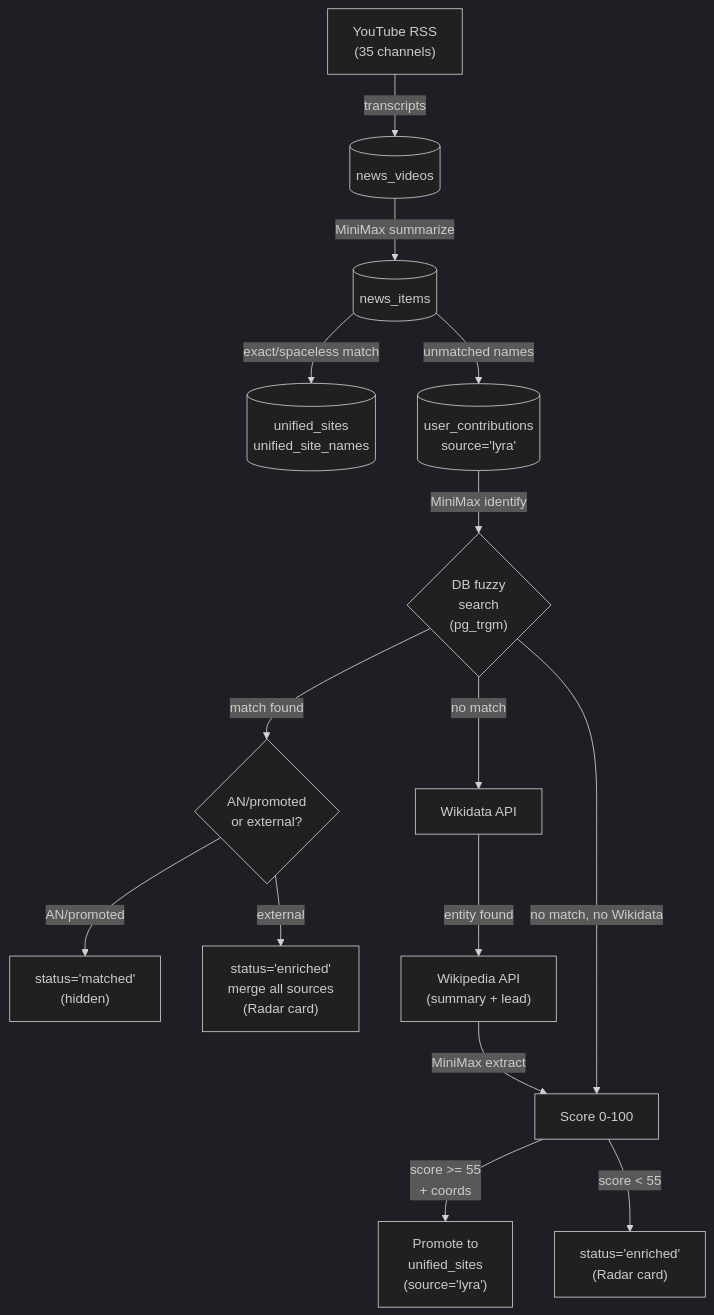
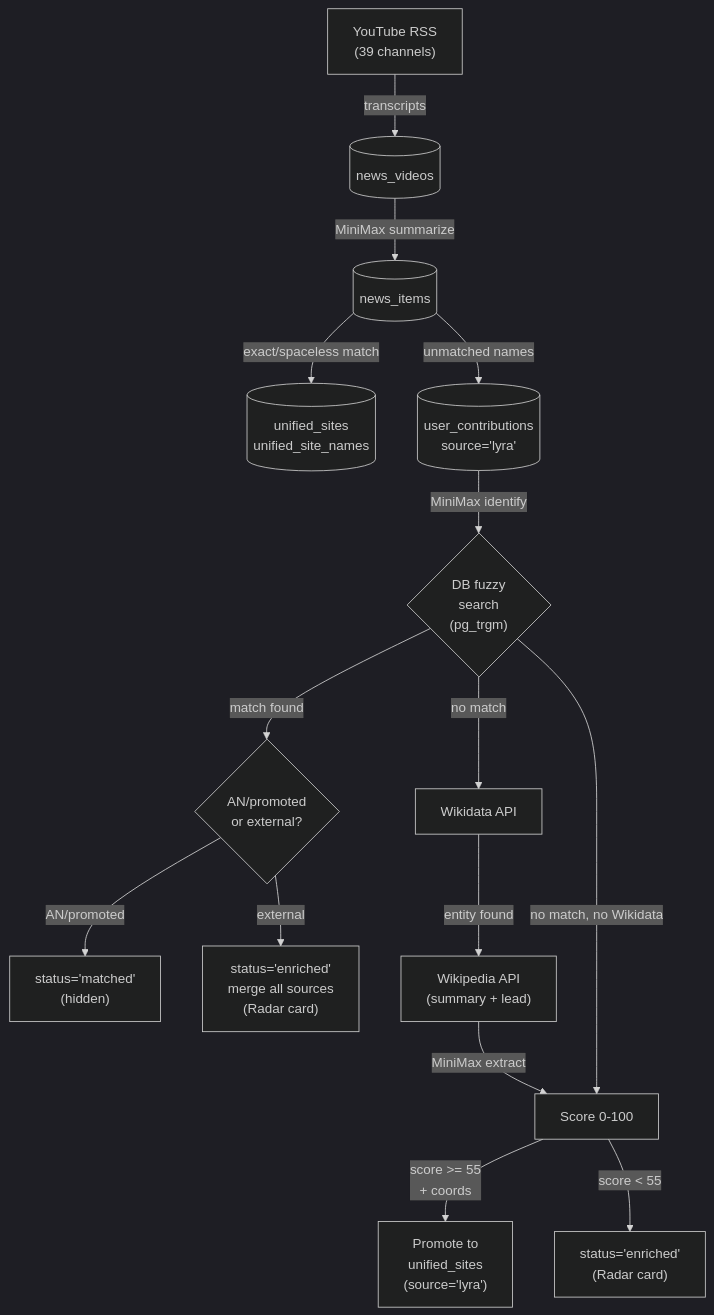
Before and after one commit to ancientnerds/AncientMap: the second of 7 diagrams in docs/lyra-pipeline.md, drawn with Mermaid (dark theme). The commit also changed other lines of this file and 4 other files, not shown here.

````diff
--- a/docs/lyra-pipeline.md
+++ b/docs/lyra-pipeline.md
@@ -45,21 +45,21 @@
 ```mermaid
 flowchart TD
-    YT["YouTube RSS\n(35 channels)"] -->|transcripts| NV[(news_videos)]
+    YT["YouTube RSS\n(39 channels)"] -->|transcripts| NV[(news_videos)]
     NV -->|MiniMax summarize| NI[(news_items)]
     NI -->|exact/spaceless match| US[(unified_sites\nunified_site_names)]
     NI -->|unmatched names| UC[(user_contributions\nsource='lyra')]
 
     UC -->|MiniMax identify| DB{"DB fuzzy\nsearch\n(pg_trgm)"}
     DB -->|match found| BRANCH{"AN/promoted\nor external?"}
     DB -->|no match| WD["Wikidata API"]
 
     BRANCH -->|AN/promoted| HIDDEN["status='matched'\n(hidden)"]
     BRANCH -->|external| ENRICHED["status='enriched'\nmerge all sources\n(Radar card)"]
 
     WD -->|entity found| WP["Wikipedia API\n(summary + lead)"]
     WP -->|MiniMax extract| SCORE["Score 0-100"]
     DB -->|no match, no Wikidata| SCORE
 
     SCORE -->|"score >= 55\n+ coords"| PROMOTE["Promote to\nunified_sites\n(source='lyra')"]
     SCORE -->|"score < 55"| KEEP["status='enriched'\n(Radar card)"]
 ```
````
